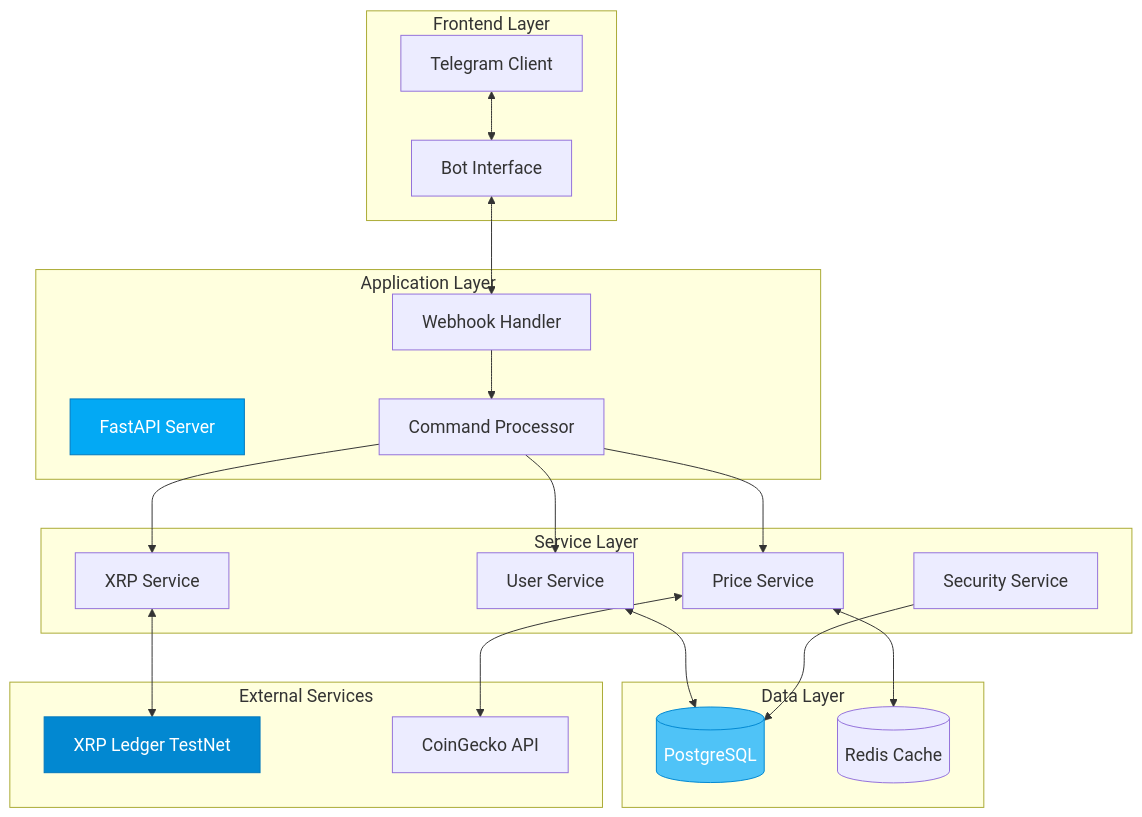
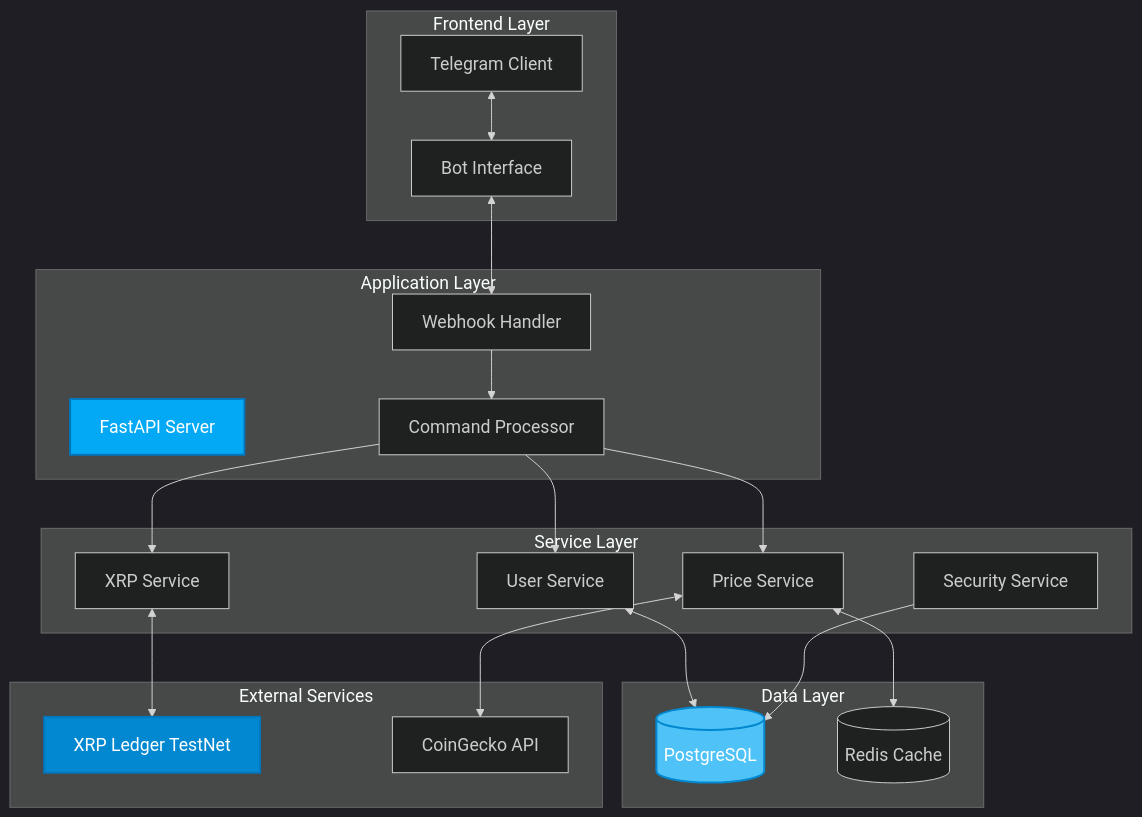
Before and after one commit to FSE-Class-Project/xrp-telegram-bot: the second of 7 diagrams in presentation/xrp-telegram-bot-presentation.qmd, drawn with Mermaid. The commit also changed other lines of this file and 2 other files, not shown here.

````diff
--- a/presentation/xrp-telegram-bot-presentation.qmd
+++ b/presentation/xrp-telegram-bot-presentation.qmd
@@ -137,47 +139,47 @@
 ```{mermaid}
-%%{init: {'theme': 'default', 'themeVariables': {'fontSize': '18px'}}}%%
+%%{init: {'theme': 'dark', 'themeVariables': {'primaryColor':'#0288d1', 'fontSize': '18px'}}}%%
 flowchart TB
     subgraph "Frontend Layer"
         TG[Telegram Client]
         BOT[Bot Interface]
     end
 
     subgraph "Application Layer"
         API[FastAPI Server]
         WH[Webhook Handler]
         CMD[Command Processor]
     end
 
     subgraph "Service Layer"
         XRP[XRP Service]
         USR[User Service]
         PRC[Price Service]
         SEC[Security Service]
     end
 
     subgraph "Data Layer"
         DB[(PostgreSQL)]
         CACHE[(Redis Cache)]
     end
 
     subgraph "External Services"
         XRPL[XRP Ledger TestNet]
         PRICE[CoinGecko API]
     end
 
     TG <--> BOT
     BOT <--> WH
     WH --> CMD
     CMD --> XRP
     CMD --> USR
     CMD --> PRC
     XRP <--> XRPL
     PRC <--> PRICE
     USR <--> DB
     SEC --> DB
     PRC <--> CACHE
 
-    style API fill:#03a9f4,stroke:#0277bd,color:#fff
-    style XRPL fill:#0288d1,stroke:#0277bd,color:#fff
-    style DB fill:#4fc3f7,stroke:#0288d1,color:#fff
+    style API fill:#03a9f4,stroke:#0277bd,stroke-width:2px,color:#fff
+    style XRPL fill:#0288d1,stroke:#0277bd,stroke-width:2px,color:#fff
+    style DB fill:#4fc3f7,stroke:#0288d1,stroke-width:2px,color:#fff
 ```
````
